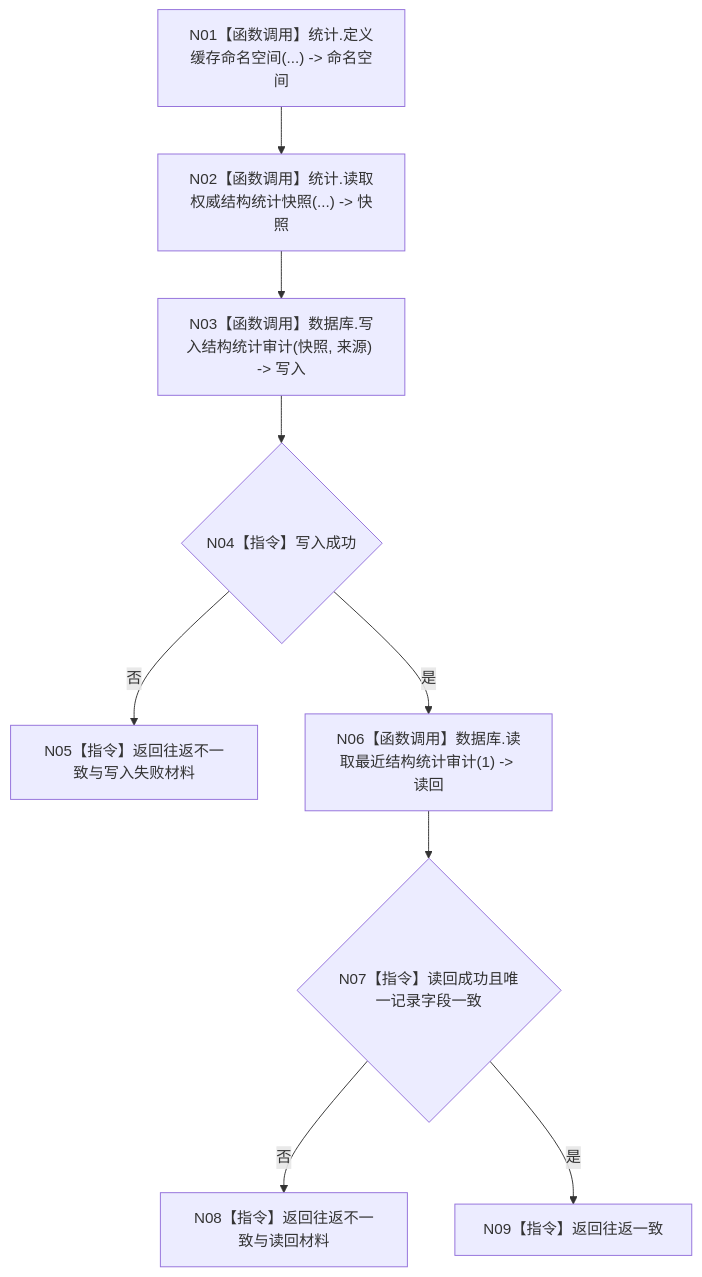
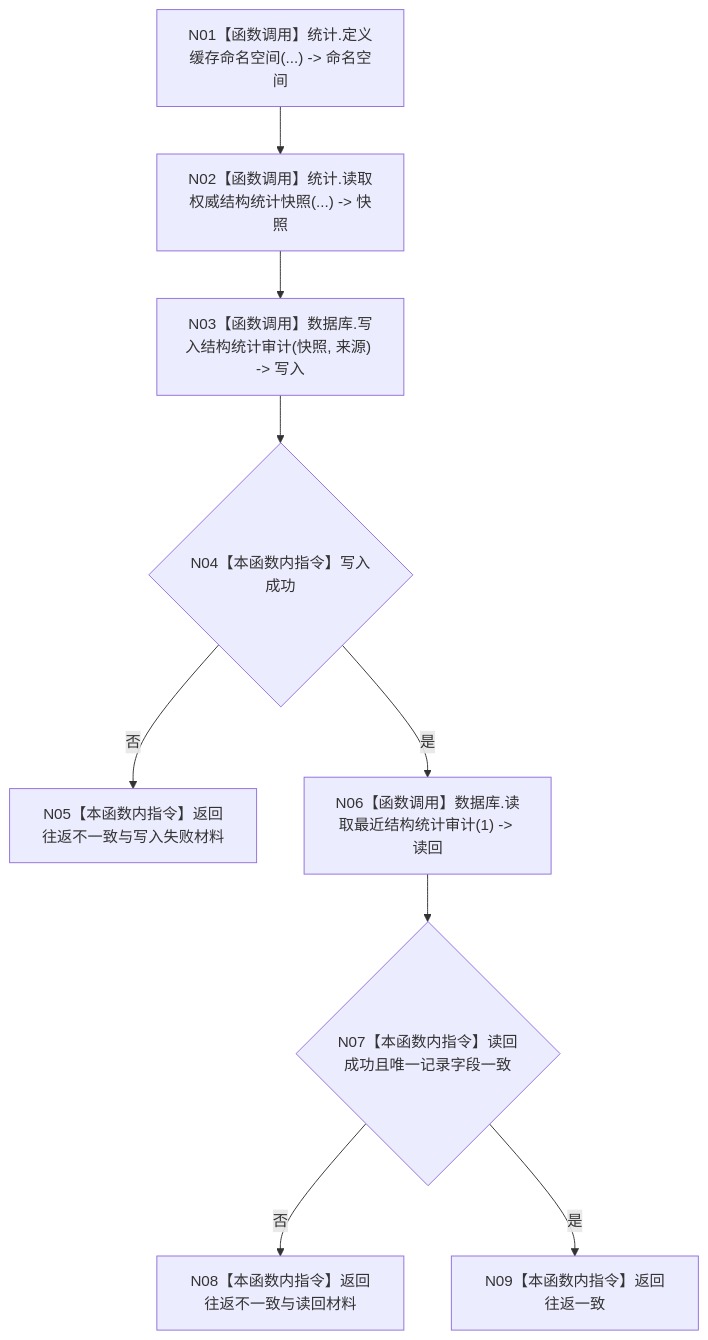
Before and after one commit to chunhaizh-cyber/HY-Ego: the diagram in 流程图/20260726_ENTRY-ONLY_F10_执行启动结构审计_施工流程图_v0.1.md, drawn with Mermaid. The commit also changed other lines of this file and 88 other files, not shown here.

````diff
--- a/流程图/20260726_ENTRY-ONLY_F10_执行启动结构审计_施工流程图_v0.1.md
+++ b/流程图/20260726_ENTRY-ONLY_F10_执行启动结构审计_施工流程图_v0.1.md
@@ -8,11 +28,11 @@
 ```mermaid
 flowchart TD
     N01["N01【函数调用】统计.定义缓存命名空间(...) -> 命名空间"] --> N02["N02【函数调用】统计.读取权威结构统计快照(...) -> 快照"]
     N02 --> N03["N03【函数调用】数据库.写入结构统计审计(快照, 来源) -> 写入"]
-    N03 --> N04{"N04【指令】写入成功"}
-    N04 -- "否" --> N05["N05【指令】返回往返不一致与写入失败材料"]
+    N03 --> N04{"N04【本函数内指令】写入成功"}
+    N04 -- "否" --> N05["N05【本函数内指令】返回往返不一致与写入失败材料"]
     N04 -- "是" --> N06["N06【函数调用】数据库.读取最近结构统计审计(1) -> 读回"]
-    N06 --> N07{"N07【指令】读回成功且唯一记录字段一致"}
-    N07 -- "否" --> N08["N08【指令】返回往返不一致与读回材料"]
-    N07 -- "是" --> N09["N09【指令】返回往返一致"]
+    N06 --> N07{"N07【本函数内指令】读回成功且唯一记录字段一致"}
+    N07 -- "否" --> N08["N08【本函数内指令】返回往返不一致与读回材料"]
+    N07 -- "是" --> N09["N09【本函数内指令】返回往返一致"]
 ```
````
